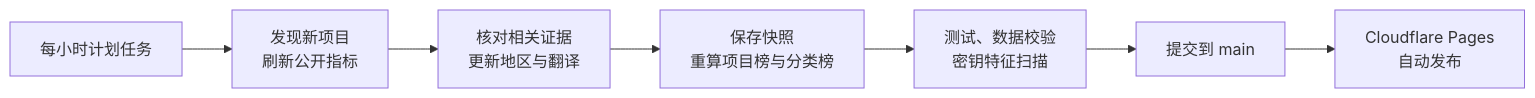
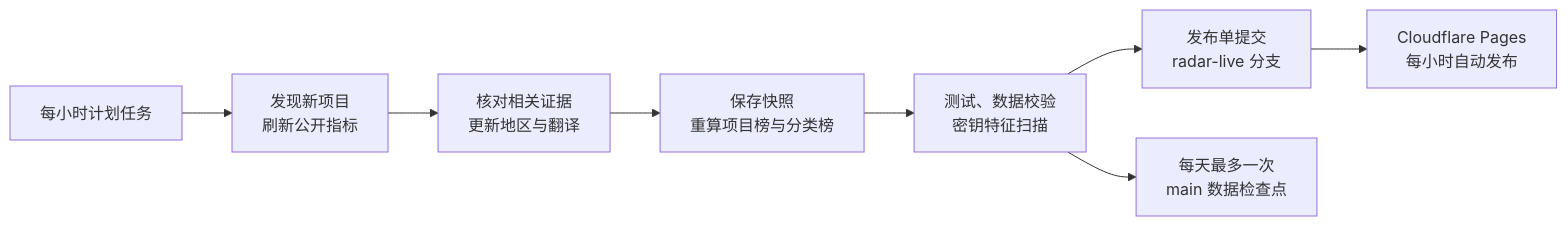
One commit to aaaaaaa-feng/deepseek-harness-ecosystem-radar changed the diagram in README.md. Above: the diagram before and after it, drawn with Mermaid. The commit also changed other lines of this file and 22 other files, not shown here.

````diff
--- a/README.md
+++ b/README.md
@@ -103,9 +104,10 @@
 ```mermaid
 flowchart LR
     A["每小时计划任务"] --> B["发现新项目<br/>刷新公开指标"]
     B --> C["核对相关证据<br/>更新地区与翻译"]
     C --> D["保存快照<br/>重算项目榜与分类榜"]
     D --> E["测试、数据校验<br/>密钥特征扫描"]
-    E --> F["提交到 main"]
-    F --> G["Cloudflare Pages<br/>自动发布"]
+    E --> F["发布单提交<br/>radar-live 分支"]
+    F --> G["Cloudflare Pages<br/>每小时自动发布"]
+    E --> H["每天最多一次<br/>main 数据检查点"]
 ```
````
